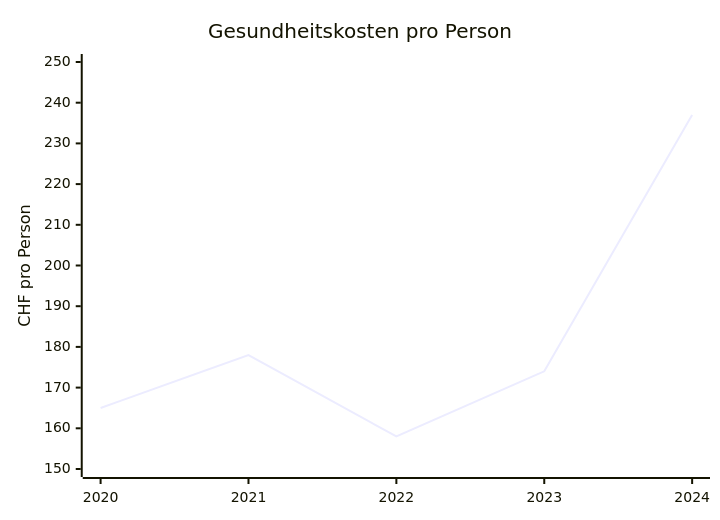
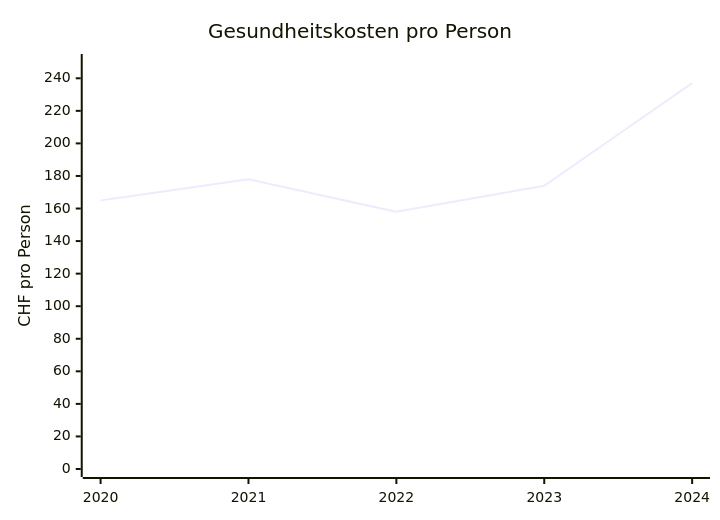
The sixth of 8 diagrams in docs/politics/finanzen-beringen.md (risajef/risajef.github.io), drawn with Mermaid before and after one commit. The commit also changed other lines of this file and 5 other files, not shown here.

````diff
--- a/docs/politics/finanzen-beringen.md
+++ b/docs/politics/finanzen-beringen.md
@@ -91,7 +91,7 @@
 ```mermaid
 xychart
 title "Gesundheitskosten pro Person"
 x-axis [2020, 2021, 2022, 2023, 2024]
-y-axis "CHF pro Person" 150 --> 250
+y-axis "CHF pro Person" 0 --> 250
 line [165, 178, 158, 174, 237]
 ```
````
